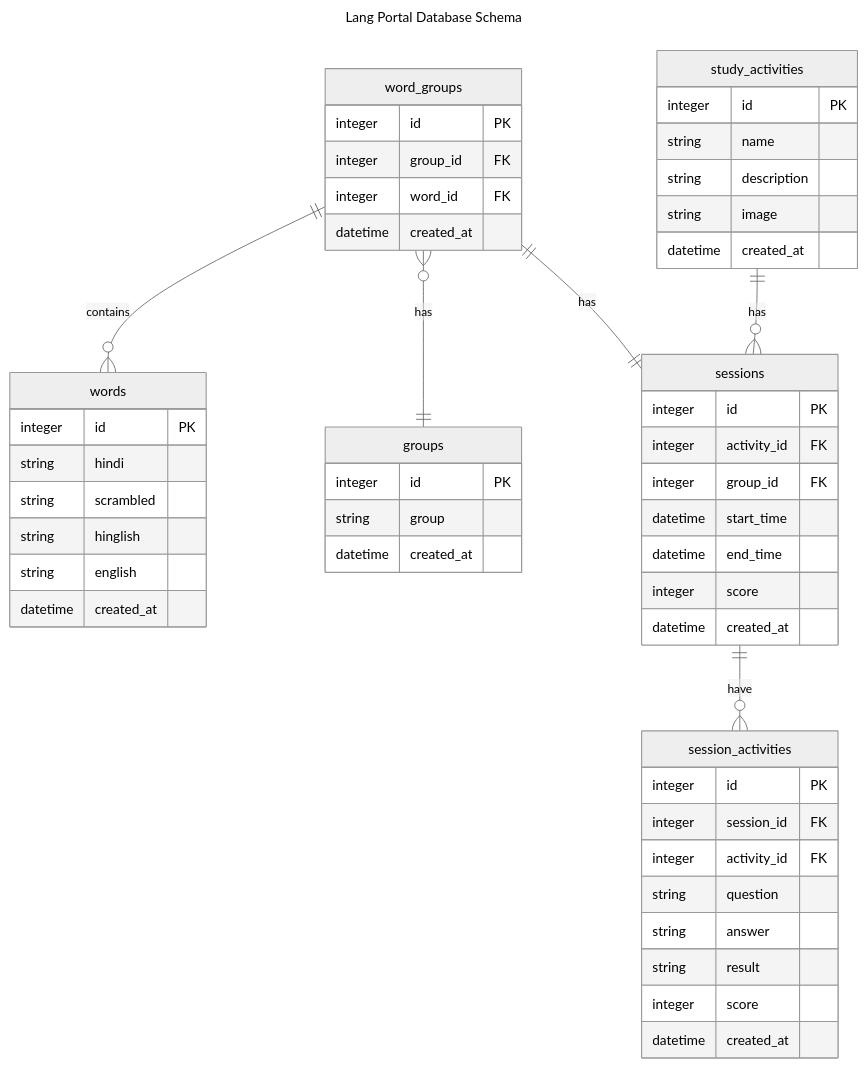
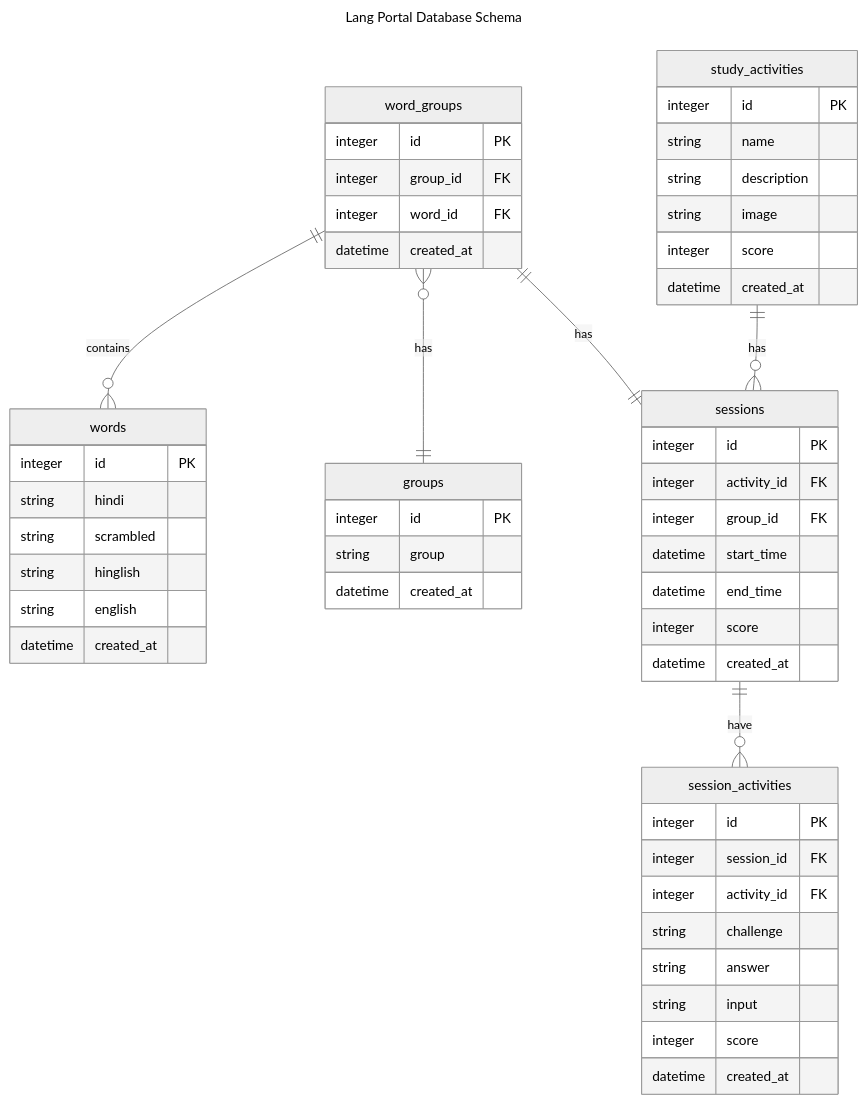
The diagram in lang-portal/backend/README.md (pavittarx/free-genai-bootcamp-2025), drawn with Mermaid (neutral theme) before and after one commit. The commit also changed other lines of this file and 84 other files, not shown here.

````diff
--- a/lang-portal/backend/README.md
+++ b/lang-portal/backend/README.md
@@ -77,62 +71,63 @@
 ```mermaid
 ---
 title: Lang Portal Database Schema
 ---
 
 erDiagram
     words {
         integer id PK
         string hindi
         string scrambled
         string hinglish
         string english
         datetime created_at
     }
 
     groups {
         integer id PK
         string group
         datetime created_at
     }
 
     word_groups ||--o{ words : contains
     word_groups }o--|| groups : has
     word_groups ||--|| sessions : has
     word_groups {
         integer id PK
         integer group_id FK
         integer word_id FK
         datetime created_at
     }
 
     study_activities ||--o{ sessions : has
     study_activities {
         integer id PK
         string name
         string description
         string image
+        integer score
         datetime created_at
     }
 
     sessions ||--o{ session_activities : have
     sessions {
         integer id PK
         integer activity_id FK
         integer group_id FK
         datetime start_time
         datetime end_time
         integer score
         datetime created_at
     }
 
     session_activities {
         integer id PK
         integer session_id FK
         integer activity_id FK
-        string question
+        string challenge
         string answer
-        string result
+        string input
         integer score
         datetime created_at
     }
 ```
````
